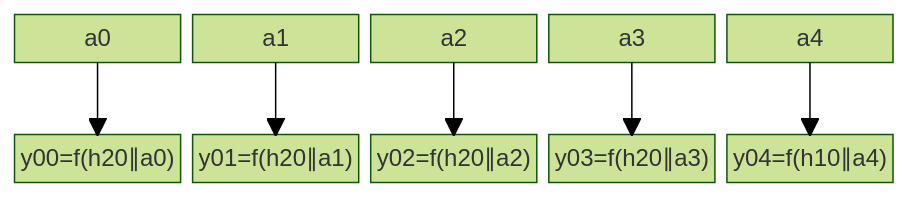
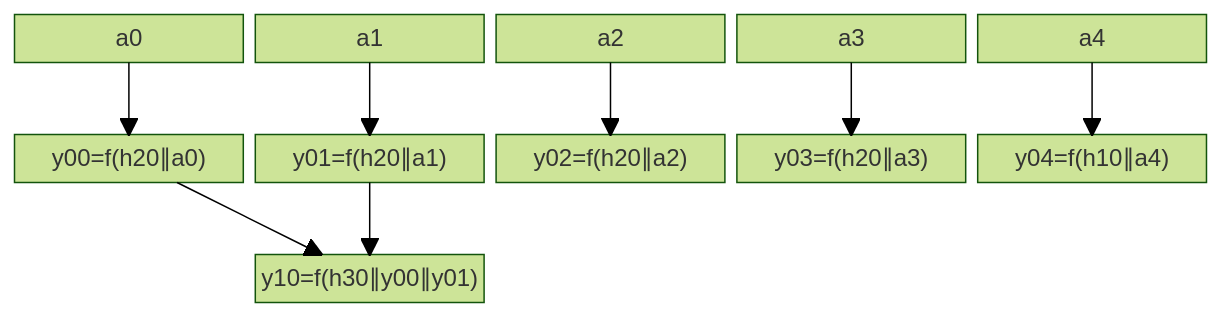
The second of 2 diagrams in notes/hash.md (sergey-shandar/public), drawn with Mermaid (forest theme) before and after one commit.

````diff
--- a/notes/hash.md
+++ b/notes/hash.md
@@ -75,12 +75,16 @@
 ```mermaid
 block-beta
   columns 5
-  a0                   a1                   a2                   a3                  a4
+  a0                   a1                        a2                   a3                  a4
   space:5
-  y00["y00=f(h20∥a0)"] y01["y01=f(h20∥a1)"] y02["y02=f(h20∥a2)"] y03["y03=f(h20∥a3)"] y04["y04=f(h10∥a4)"]
+  y00["y00=f(h20∥a0)"] y01["y01=f(h20∥a1)"]      y02["y02=f(h20∥a2)"] y03["y03=f(h20∥a3)"] y04["y04=f(h10∥a4)"]
+  space:5
+  space                y10["y10=f(h30∥y00∥y01)"]
   a0-->y00
   a1-->y01
   a2-->y02
   a3-->y03
   a4-->y04
+  y00-->y10
+  y01-->y10
 ```
````
